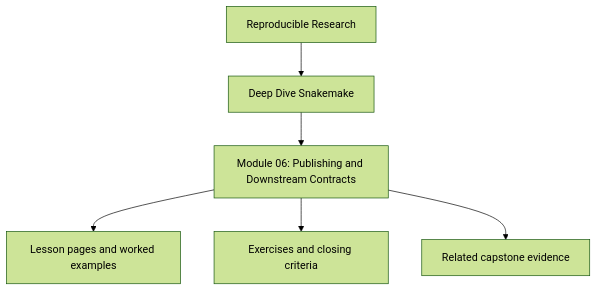
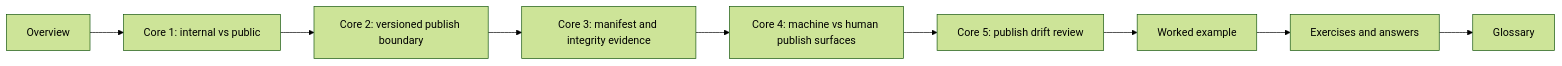
One commit to bijux/bijux-masterclass changed the diagram in programs/reproducible-research/deep-dive-snakemake/course-book/module-06-publishing-downstream-contracts/index.md. Above: the diagram before and after it, drawn with Mermaid (forest theme). The commit also changed other lines of this file, not shown here.

Commit message:
docs(snakemake-course): reshape module 06 overview around publish contracts

````diff
--- a/programs/reproducible-research/deep-dive-snakemake/course-book/module-06-publishing-downstream-contracts/index.md
+++ b/programs/reproducible-research/deep-dive-snakemake/course-book/module-06-publishing-downstream-contracts/index.md
@@ -9,8 +39,11 @@
 ```mermaid
-flowchart TD
-  family["Reproducible Research"] --> program["Deep Dive Snakemake"]
-  program --> module["Module 06: Publishing and Downstream Contracts"]
-  module --> lessons["Lesson pages and worked examples"]
-  module --> checkpoints["Exercises and closing criteria"]
-  module --> capstone["Related capstone evidence"]
+flowchart LR
+  overview["Overview"] --> core1["Core 1: internal vs public"]
+  core1 --> core2["Core 2: versioned publish boundary"]
+  core2 --> core3["Core 3: manifest and integrity evidence"]
+  core3 --> core4["Core 4: machine vs human publish surfaces"]
+  core4 --> core5["Core 5: publish drift review"]
+  core5 --> example["Worked example"]
+  example --> practice["Exercises and answers"]
+  practice --> glossary["Glossary"]
 ```
````
